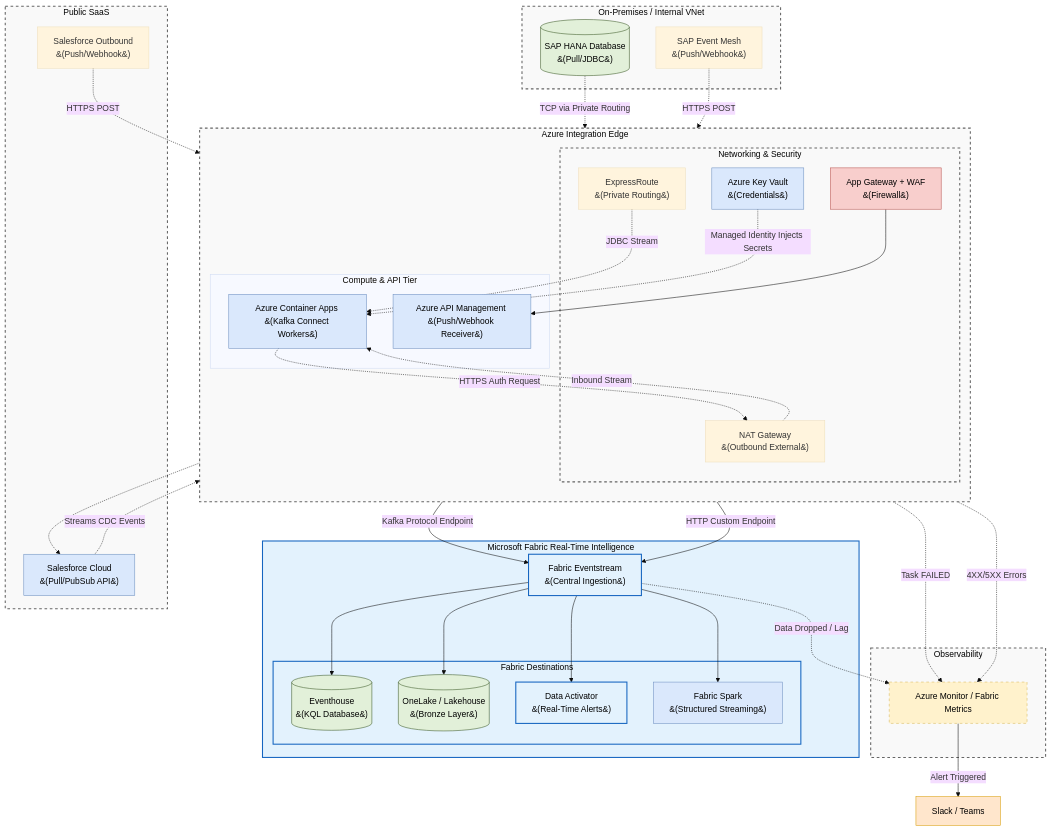
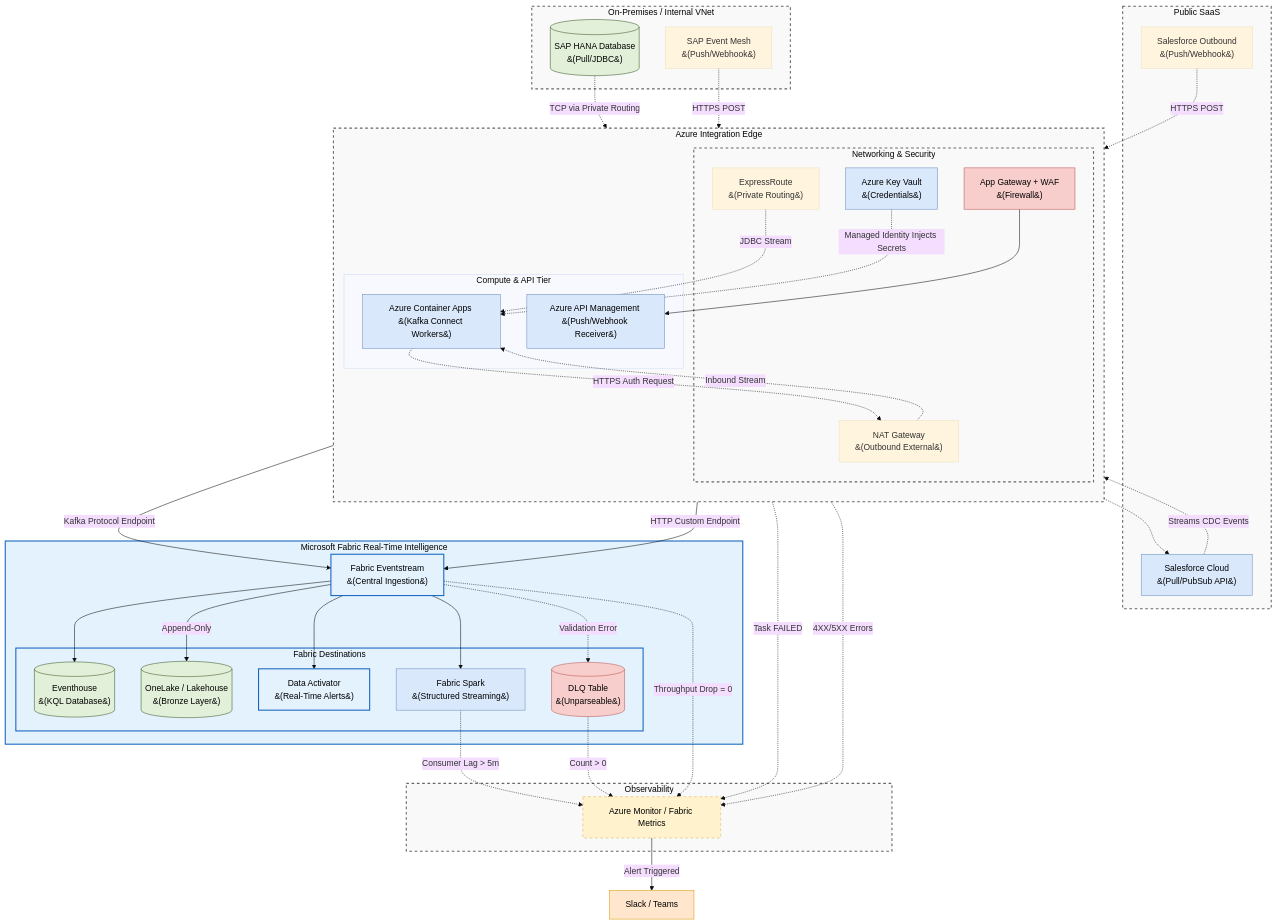
The diagram in azure/fabric_unified_realtime_ingestion_architecture.md (toanbui626391/data_architect), drawn with Mermaid (base theme) before and after one commit. The commit also changed other lines of this file, not shown here.

```diff
--- a/azure/fabric_unified_realtime_ingestion_architecture.md
+++ b/azure/fabric_unified_realtime_ingestion_architecture.md
@@ -57,6 +57,7 @@
             Lakehouse[("OneLake / Lakehouse <br>&#40;Bronze Layer&#41;")]
             DataActivator["Data Activator <br>&#40;Real-Time Alerts&#41;"]
             FabricSpark["Fabric Spark <br>&#40;Structured Streaming&#41;"]
+            DLQ[("DLQ Table <br>&#40;Unparseable&#41;")]
         end
     end
 
@@ -90,14 +91,17 @@
     
     %% Routing in Fabric
     Eventstream --> Eventhouse
-    Eventstream --> Lakehouse
+    Eventstream -->|Append-Only| Lakehouse
     Eventstream --> DataActivator
     Eventstream --> FabricSpark
+    Eventstream -.->|Validation Error| DLQ
 
     %% Monitoring Flow
     ACA -.->|Task FAILED| AzureMonitor
     APIM -.->|4XX/5XX Errors| AzureMonitor
-    Eventstream -.->|Data Dropped / Lag| AzureMonitor
+    Eventstream -.->|Throughput Drop = 0| AzureMonitor
+    FabricSpark -.->|Consumer Lag > 5m| AzureMonitor
+    DLQ -.->|Count > 0| AzureMonitor
     
     AzureMonitor -->|Alert Triggered| Notification
 
@@ -109,9 +113,11 @@
     classDef edge fill:#f8cecc,stroke:#b85450,stroke-width:1px,color:#000;
     classDef alert fill:#ffe6cc,stroke:#d79b00,stroke-width:1px,color:#000;
     classDef fabric fill:#e3f2fd,stroke:#1565c0,stroke-width:2px,color:#000;
+    classDef bad fill:#f8cecc,stroke:#b85450,stroke-width:1px,color:#000;
     
     class SAPHana,Eventhouse,Lakehouse storage;
     class Salesforce,ACA,APIM,KeyVault,FabricSpark process;
+    class DLQ bad;
     class AppGateway edge;
     class AzureMonitor monitor;
     class AzureEdge,InternalEnv,SaaSEnv,Networking,ControlPlane network;
```
